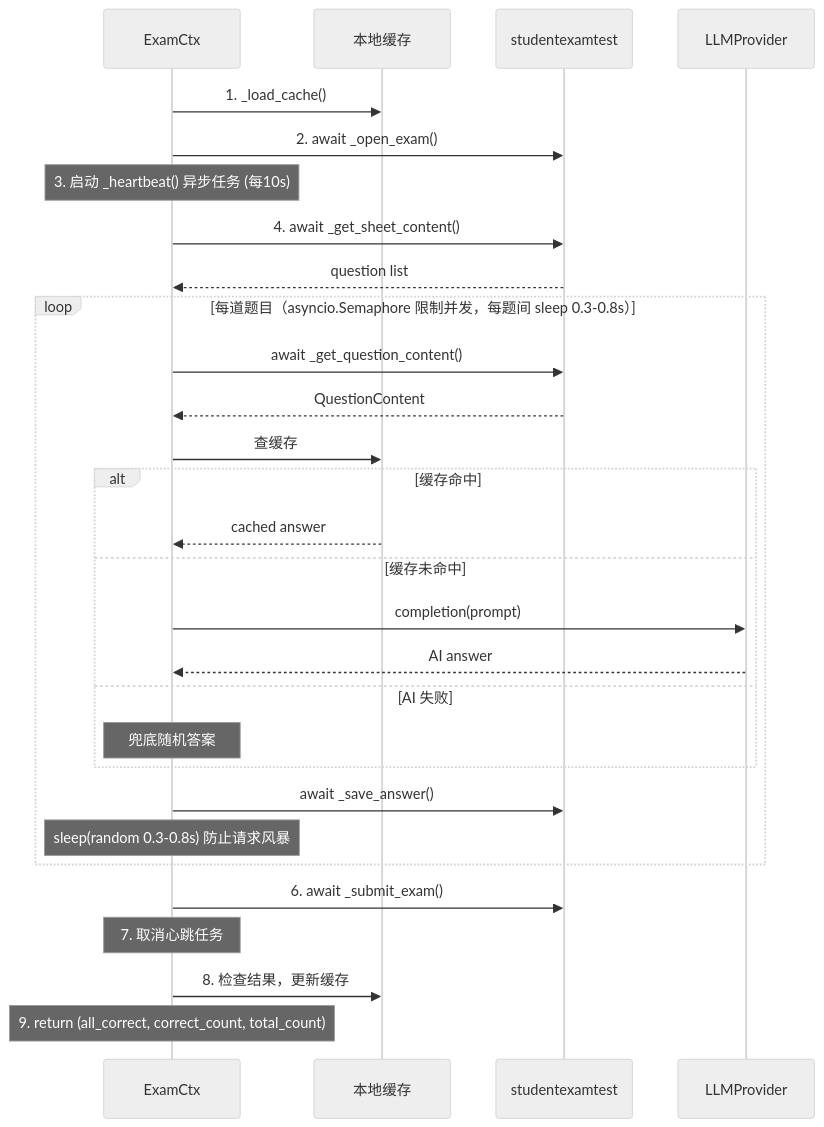
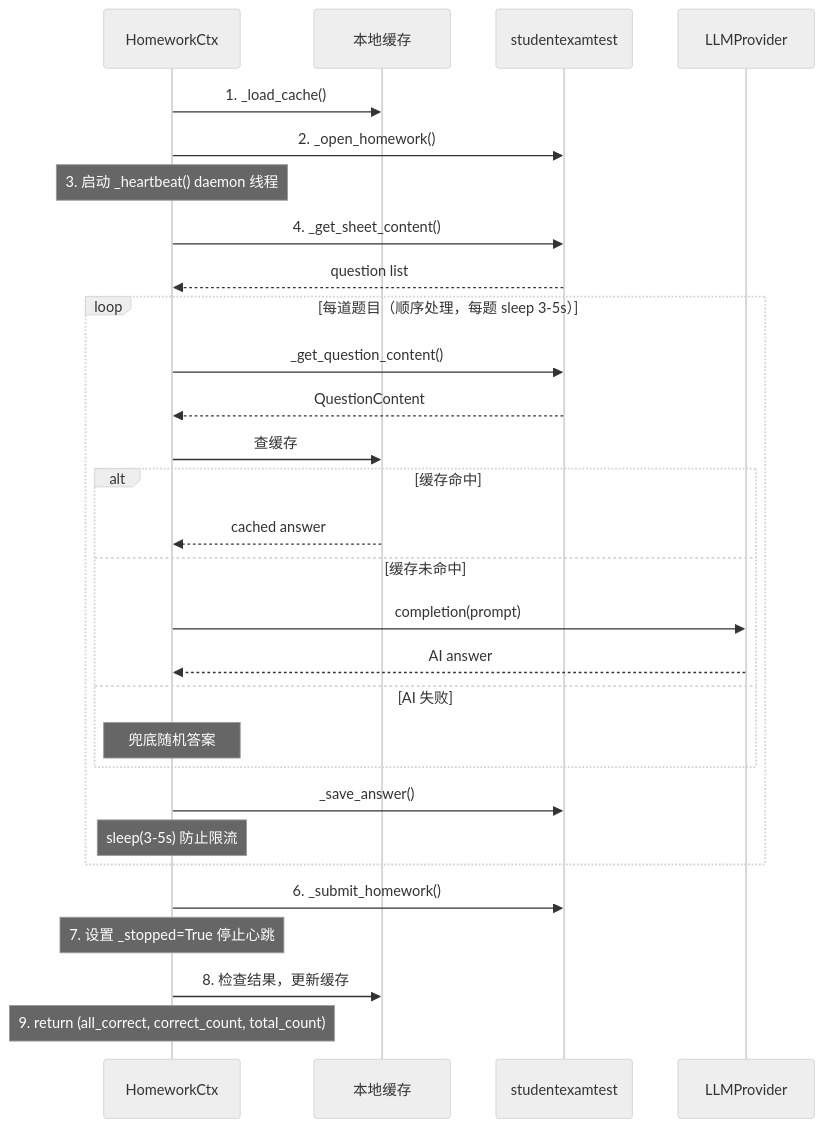
The sixth of 15 diagrams in docs/design.md (pjm314159/zhs), drawn with Mermaid (neutral theme) before and after one commit. The commit also changed other lines of this file and 29 other files, not shown here.

````diff
--- a/docs/design.md
+++ b/docs/design.md
@@ -878,34 +1179,34 @@
 ```mermaid
 sequenceDiagram
-    participant E as ExamCtx
+    participant H as HomeworkCtx
     participant Cache as 本地缓存
     participant API as studentexamtest
     participant LLM as LLMProvider
 
-    E->>Cache: 1. _load_cache()
-    E->>API: 2. await _open_exam()
-    Note over E: 3. 启动 _heartbeat() 异步任务 (每10s)
-    E->>API: 4. await _get_sheet_content()
-    API-->>E: question list
+    H->>Cache: 1. _load_cache()
+    H->>API: 2. _open_homework()
+    Note over H: 3. 启动 _heartbeat() daemon 线程
+    H->>API: 4. _get_sheet_content()
+    API-->>H: question list
 
-    loop 每道题目（asyncio.Semaphore 限制并发，每题间 sleep 0.3-0.8s）
-        E->>API: await _get_question_content()
-        API-->>E: QuestionContent
-        E->>Cache: 查缓存
+    loop 每道题目（顺序处理，每题 sleep 3-5s）
+        H->>API: _get_question_content()
+        API-->>H: QuestionContent
+        H->>Cache: 查缓存
         alt 缓存命中
-            Cache-->>E: cached answer
+            Cache-->>H: cached answer
         else 缓存未命中
-            E->>LLM: completion(prompt)
-            LLM-->>E: AI answer
+            H->>LLM: completion(prompt)
+            LLM-->>H: AI answer
         else AI 失败
-            Note over E: 兜底随机答案
+            Note over H: 兜底随机答案
         end
-        E->>API: await _save_answer()
-        Note over E: sleep(random 0.3-0.8s) 防止请求风暴
+        H->>API: _save_answer()
+        Note over H: sleep(3-5s) 防止限流
     end
 
-    E->>API: 6. await _submit_exam()
-    Note over E: 7. 取消心跳任务
-    E->>Cache: 8. 检查结果，更新缓存
-    Note over E: 9. return (all_correct, correct_count, total_count)
+    H->>API: 6. _submit_homework()
+    Note over H: 7. 设置 _stopped=True 停止心跳
+    H->>Cache: 8. 检查结果，更新缓存
+    Note over H: 9. return (all_correct, correct_count, total_count)
 ```
````
